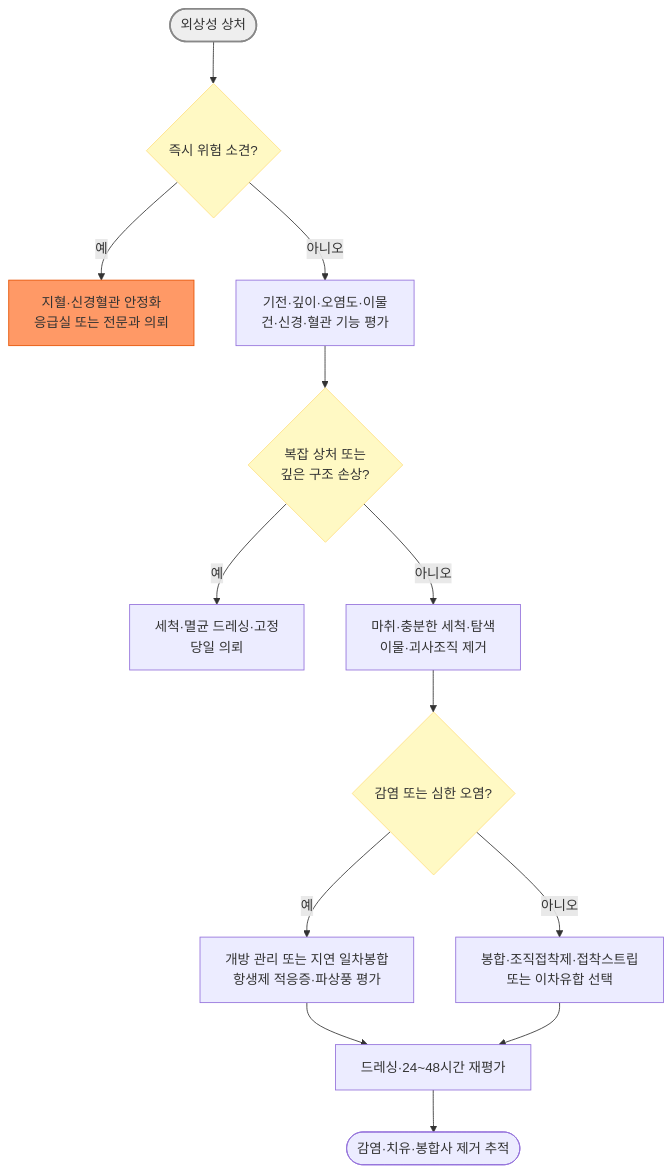
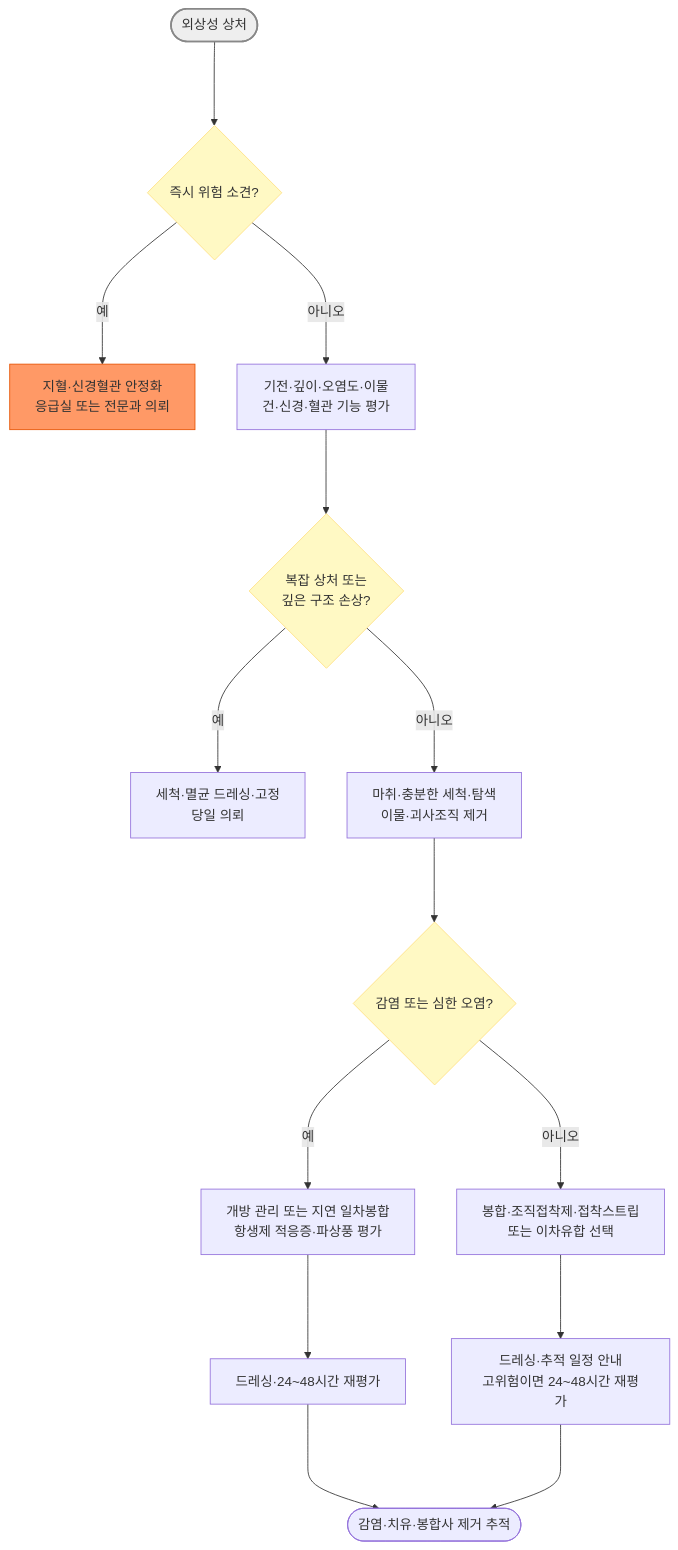
The diagram in 230_/202_-wound-care.md (familyoh77/familyoh77), drawn with Mermaid before and after one commit. The commit also changed other lines of this file and 11 other files, not shown here.

````diff
--- a/230_/202_-wound-care.md
+++ b/230_/202_-wound-care.md
@@ -54,20 +73,21 @@
 ```mermaid
 flowchart TD
-    A([외상성 상처]) --> B{즉시 위험 소견?}
-    B -- 예 --> C[지혈·신경혈관 안정화<br/>응급실 또는 전문과 의뢰]
-    B -- 아니오 --> D[기전·깊이·오염도·이물<br/>건·신경·혈관 기능 평가]
-    D --> E{복잡 상처 또는<br/>깊은 구조 손상?}
-    E -- 예 --> F[세척·멸균 드레싱·고정<br/>당일 의뢰]
-    E -- 아니오 --> G[마취·충분한 세척·탐색<br/>이물·괴사조직 제거]
-    G --> H{감염 또는 심한 오염?}
-    H -- 예 --> I[개방 관리 또는 지연 일차봉합<br/>항생제 적응증·파상풍 평가]
-    H -- 아니오 --> J[봉합·조직접착제·접착스트립<br/>또는 이차유합 선택]
-    I --> K[드레싱·24~48시간 재평가]
-    J --> K
-    K --> L([감염·치유·봉합사 제거 추적])
+    A(["외상성 상처"]) ---> B{"즉시 위험 소견?"}
+    B -- 예 ---> C["지혈·신경혈관 안정화<br/>응급실 또는 전문과 의뢰"]
+    B -- 아니오 ---> D["기전·깊이·오염도·이물<br/>건·신경·혈관 기능 평가"]
+    D ---> E{"복잡 상처 또는<br/>깊은 구조 손상?"}
+    E -- 예 ---> F["세척·멸균 드레싱·고정<br/>당일 의뢰"]
+    E -- 아니오 ---> G["마취·충분한 세척·탐색<br/>이물·괴사조직 제거"]
+    G ---> H{"감염 또는 심한 오염?"}
+    H -- 예 ---> I["개방 관리 또는 지연 일차봉합<br/>항생제 적응증·파상풍 평가"]
+    H -- 아니오 ---> J["봉합·조직접착제·접착스트립<br/>또는 이차유합 선택"]
+    I ---> K["드레싱·24~48시간 재평가"]
+    J ---> M["드레싱·추적 일정 안내<br/>고위험이면 24~48시간 재평가"]
+    K ---> L(["감염·치유·봉합사 제거 추적"])
+    M ---> L
     style A fill:#eeeeee,stroke:#888888,stroke-width:2px
     style B fill:#fff9c4,stroke:#ffe082
     style E fill:#fff9c4,stroke:#ffe082
     style H fill:#fff9c4,stroke:#ffe082
     style C fill:#f96,stroke:#e65100
 ```
````
